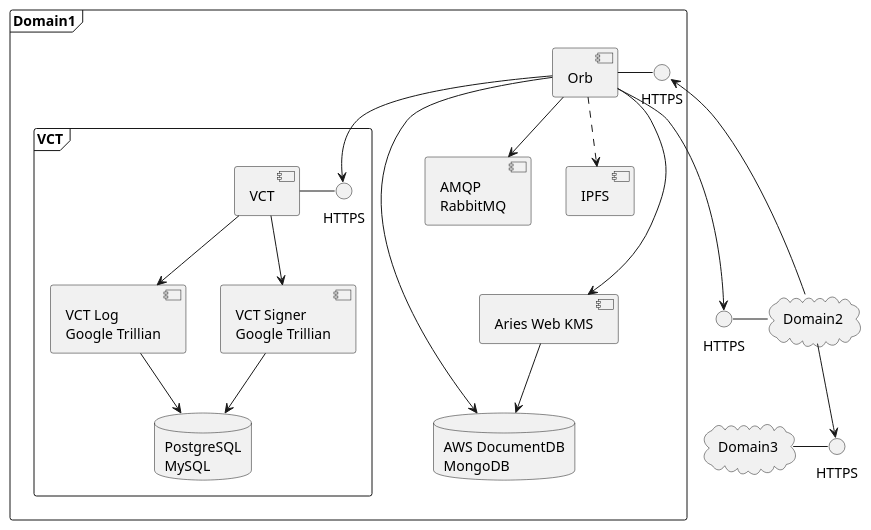
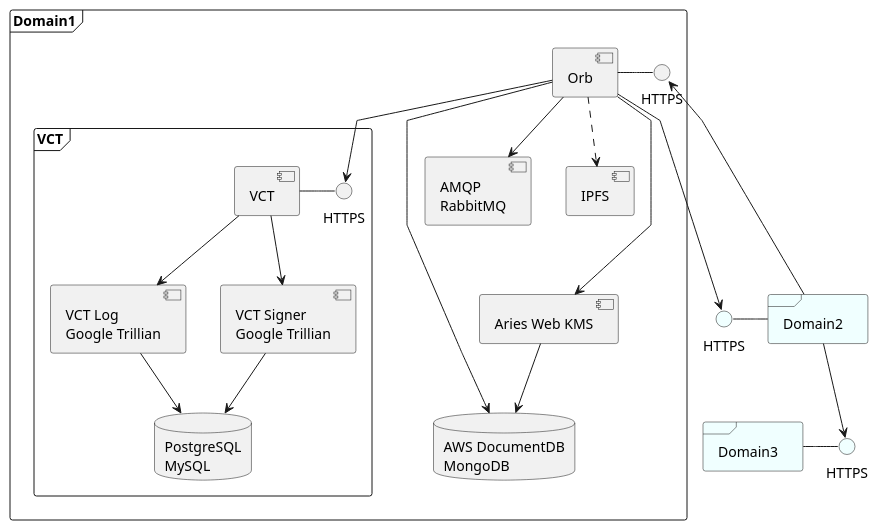
Before and after one commit to trustbloc/docs: the diagram in docs/source/orb/diagrams/nodes.puml, drawn with PlantUML. The commit also changed 4 other files, not shown here.

```diff
--- a/docs/source/orb/diagrams/nodes.puml
+++ b/docs/source/orb/diagrams/nodes.puml
@@ -1,67 +1,69 @@
 @startuml
 'https://plantuml.com/component-diagram
 
 '!theme materia
+
+skinparam linetype polyline
 
 frame "Domain1" {
   database "AWS DocumentDB\nMongoDB" as orbdb
 
   component Orb as orb1
 
   orb1 --> orbdb
 
   interface "HTTPS" as rest1
 
   orb1 - rest1
 
   component "AMQP\nRabbitMQ" as amqp
 
   orb1 --> amqp
 
   component "IPFS" as ipfs
 
   component "Aries Web KMS" as kms
 
   kms --> orbdb
 
   orb1 ---> kms
 
   orb1 ..> ipfs
 
   frame "VCT" {
     component "VCT" as vct
     component "VCT Log\nGoogle Trillian" as vct_log
 
     component "VCT Signer\nGoogle Trillian" as vct_signer
 
     database "PostgreSQL\nMySQL" as vctdb
 
     interface "HTTPS" as vct_rest
     vct - vct_rest
 
     vct --> vct_log
     vct --> vct_signer
     vct_log --> vctdb
     vct_signer --> vctdb
   }
 
   orb1 --> vct_rest
 }
 
-cloud "Domain2" as domain2
+frame "Domain2" as domain2 #Azure
 
-interface "HTTPS" as rest2
+interface "HTTPS" as rest2 #Azure
 
 domain2 -left- rest2
 
-cloud Domain3 as domain3
+frame Domain3 as domain3 #Azure
 
-interface "HTTPS" as rest3
+interface "HTTPS" as rest3 #Azure
 
 domain3 -right- rest3
 
 orb1 ---> rest2
 domain2 --> rest1
 domain2 --> rest3
 
 @enduml
```
